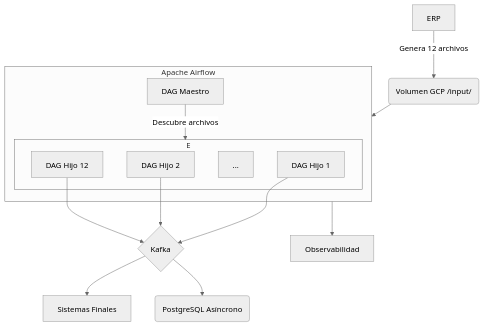
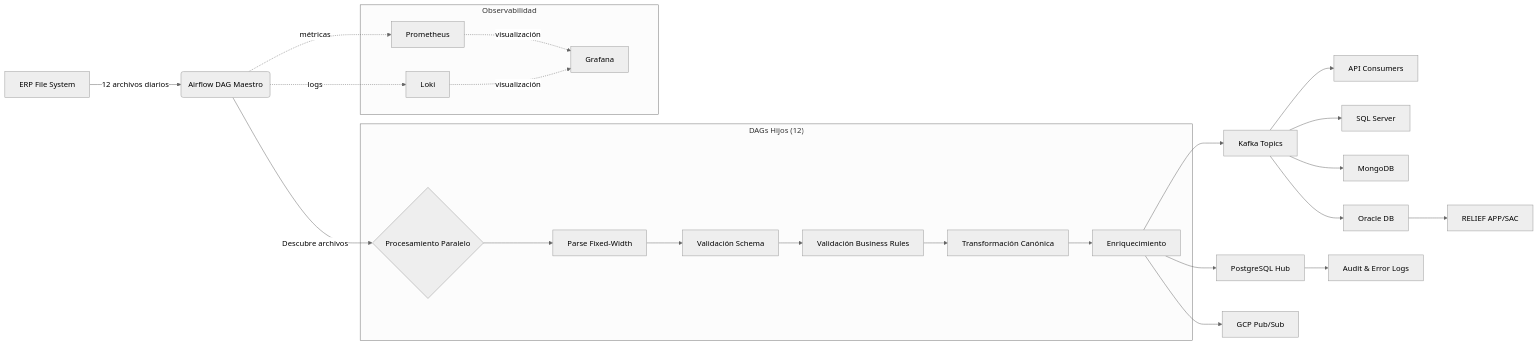
Before and after one commit to ikitech-solutions/ikitech-grupo-exito-c1: the diagram in README.md, drawn with Mermaid (neutral theme). The commit also changed other lines of this file and 1 other file, not shown here.

First line of the commit message:
Update README with approved Event-Driven Architecture

````diff
--- a/README.md
+++ b/README.md
@@ -22,20 +111,37 @@
 ```mermaid
-graph TD
-    A[ERP] -->|Genera 12 archivos| B(Volumen GCP /input/)
-    B --> C{Airflow}
-    subgraph C [Apache Airflow]
-        D[DAG Maestro] -->|Descubre archivos| E(Procesamiento Paralelo)
-        subgraph E
-            F[DAG Hijo 1]
-            G[DAG Hijo 2]
-            H[...]
-            I[DAG Hijo 12]
-        end
+graph LR
+    A[ERP File System] -->|12 archivos diarios| B(Airflow DAG Maestro)
+    B -->|Descubre archivos| C{Procesamiento Paralelo}
+    
+    subgraph "DAGs Hijos (12)"
+        C --> D1[Parse Fixed-Width]
+        D1 --> D2[Validación Schema]
+        D2 --> D3[Validación Business Rules]
+        D3 --> D4[Transformación Canónica]
+        D4 --> D5[Enriquecimiento]
     end
-    F --> J{Kafka}
-    G --> J
-    I --> J
-    J --> K[Sistemas Finales]
-    J --> L(PostgreSQL Asíncrono)
-    C --> M[Observabilidad]
+    
+    D5 --> E[PostgreSQL Hub]
+    D5 --> F[Kafka Topics]
+    D5 --> G[GCP Pub/Sub]
+    
+    F --> H1[API Consumers]
+    F --> H2[SQL Server]
+    F --> H3[MongoDB]
+    F --> H4[Oracle DB]
+    
+    H4 --> I[RELIEF APP/SAC]
+    
+    E --> J[Audit & Error Logs]
+    
+    subgraph "Observabilidad"
+        K[Prometheus]
+        L[Grafana]
+        M[Loki]
+    end
+    
+    B -.métricas.-> K
+    K -.visualización.-> L
+    B -.logs.-> M
+    M -.visualización.-> L
 ```
````
